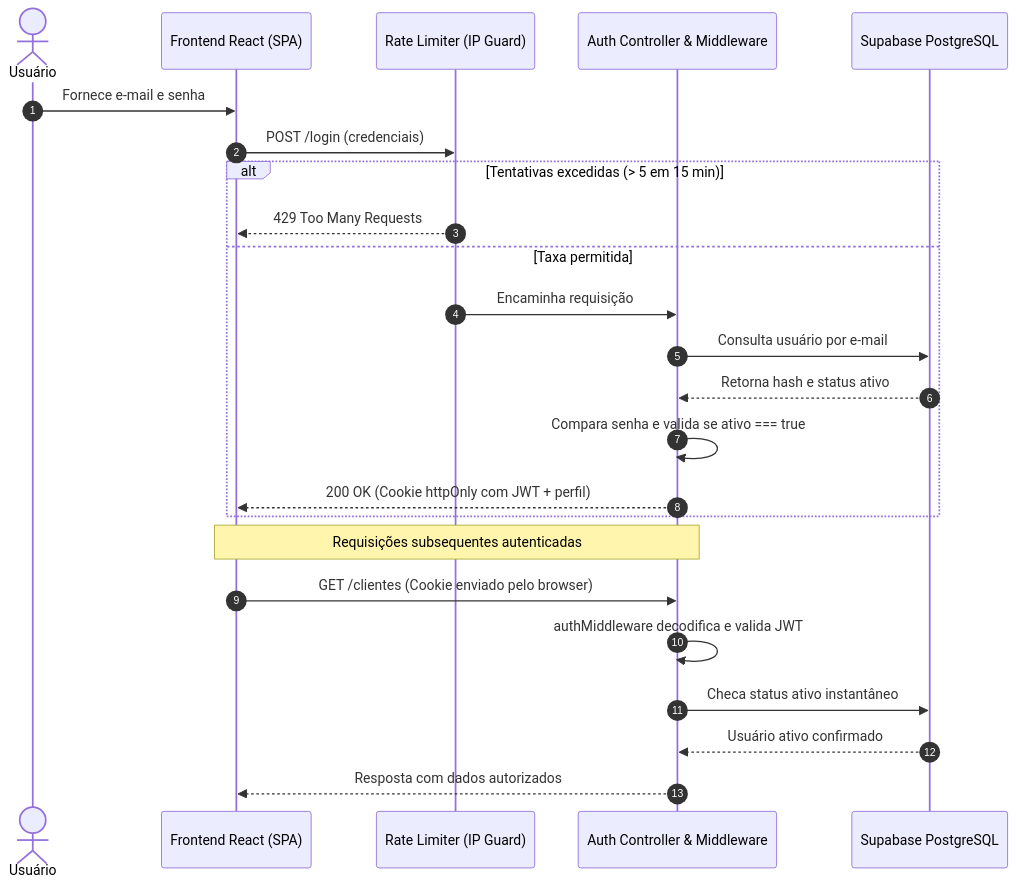
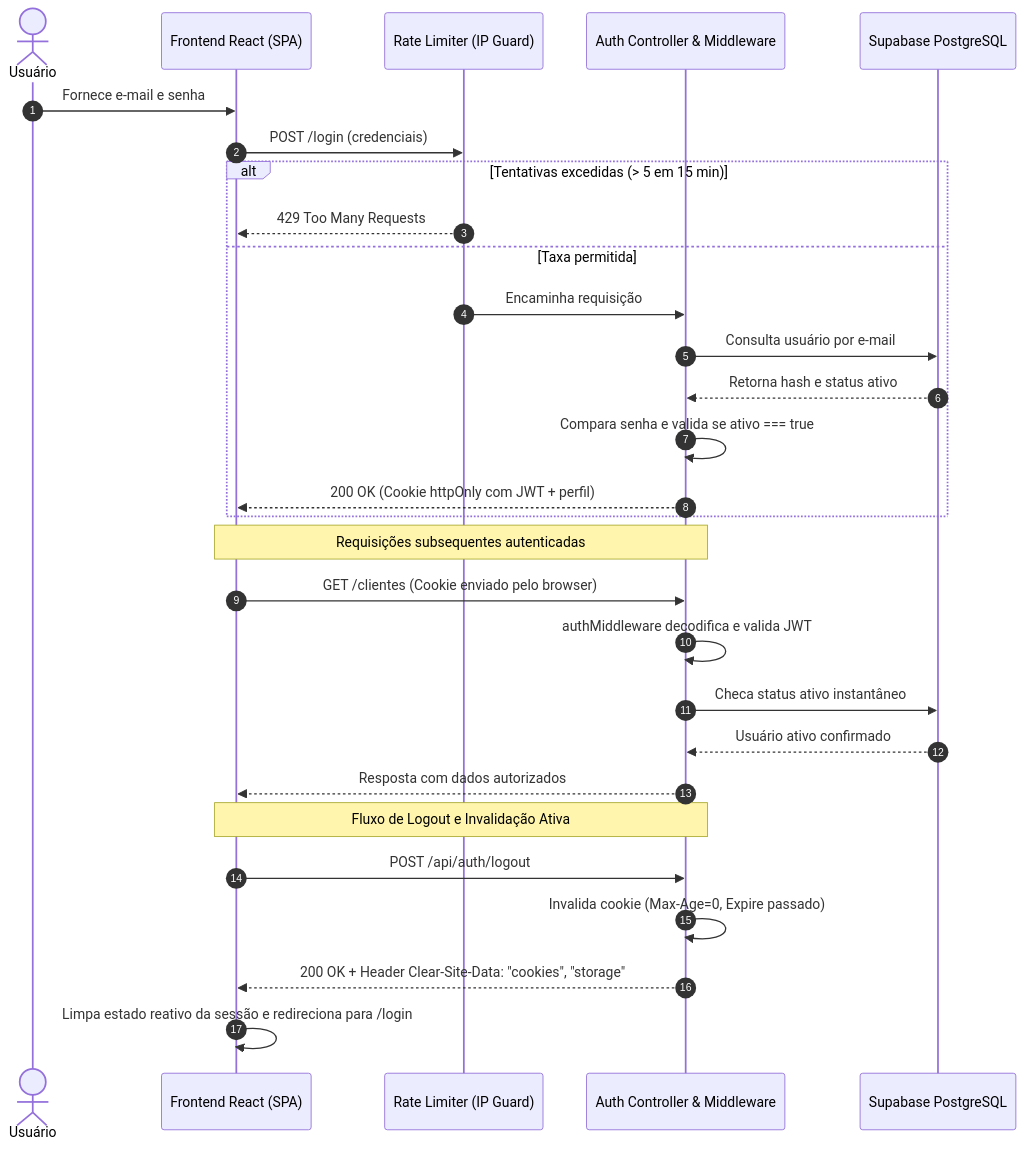
Before and after one commit to vitoraugustonb-cod/CrediarioSysten: the fifth of 13 diagrams in README.md, drawn with Mermaid. The commit also changed other lines of this file, not shown here.

Commit message:
docs(readme): adicionar fluxo de logout seguro e invalidacao ativa de sessao

````diff
--- a/README.md
+++ b/README.md
@@ -564,28 +564,34 @@
 ```mermaid
 sequenceDiagram
     autonumber
     actor U as Usuário
     participant FE as Frontend React (SPA)
     participant RL as Rate Limiter (IP Guard)
     participant API as Auth Controller & Middleware
     participant DB as Supabase PostgreSQL
 
     U->>FE: Fornece e-mail e senha
     FE->>RL: POST /login (credenciais)
     alt Tentativas excedidas (> 5 em 15 min)
         RL-->>FE: 429 Too Many Requests
     else Taxa permitida
         RL->>API: Encaminha requisição
         API->>DB: Consulta usuário por e-mail
         DB-->>API: Retorna hash e status ativo
         API->>API: Compara senha e valida se ativo === true
         API-->>FE: 200 OK (Cookie httpOnly com JWT + perfil)
     end
 
     Note over FE,API: Requisições subsequentes autenticadas
     FE->>API: GET /clientes (Cookie enviado pelo browser)
     API->>API: authMiddleware decodifica e valida JWT
     API->>DB: Checa status ativo instantâneo
     DB-->>API: Usuário ativo confirmado
     API-->>FE: Resposta com dados autorizados
+
+    Note over FE,API: Fluxo de Logout e Invalidação Ativa
+    FE->>API: POST /api/auth/logout
+    API->>API: Invalida cookie (Max-Age=0, Expire passado)
+    API-->>FE: 200 OK + Header Clear-Site-Data: "cookies", "storage"
+    FE->>FE: Limpa estado reativo da sessão e redireciona para /login
 ```
````
